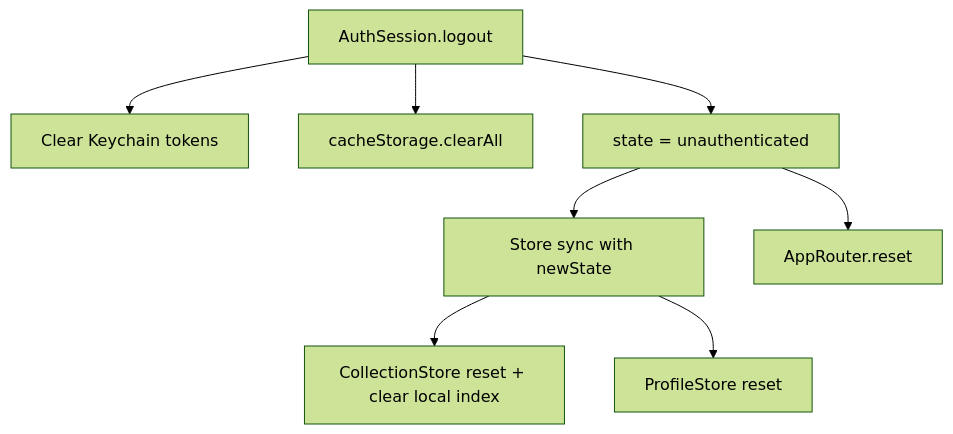
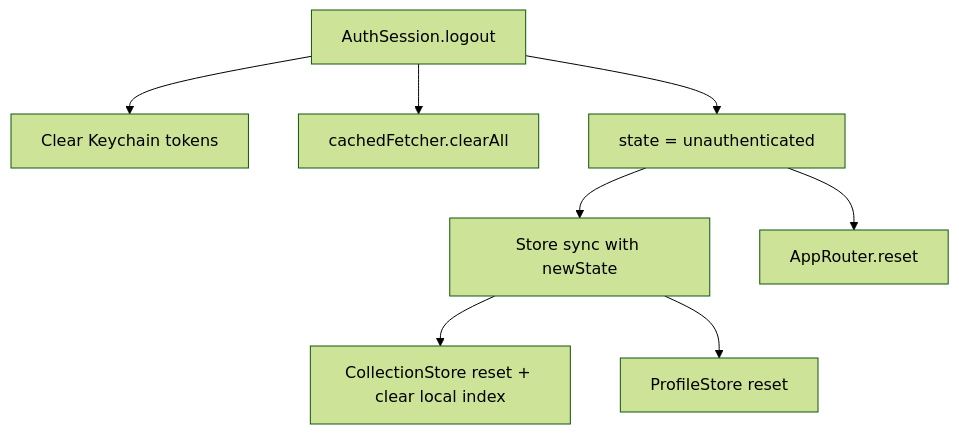
The second of 2 diagrams in docs/auth.md (DamienThomp/discoscan-app), drawn with Mermaid (forest theme) before and after one commit. The commit also changed other lines of this file and 33 other files, not shown here.

````diff
--- a/docs/auth.md
+++ b/docs/auth.md
@@ -74,19 +74,19 @@
 ```mermaid
 flowchart TD
     logout[AuthSession.logout]
     keychain[Clear Keychain tokens]
-    cache[cacheStorage.clearAll]
+    cache[cachedFetcher.clearAll]
     state[state = unauthenticated]
     storeSync[Store sync with newState]
     collectionReset[CollectionStore reset + clear local index]
     profileReset[ProfileStore reset]
     router[AppRouter.reset]
 
     logout --> keychain
     logout --> cache
     logout --> state
     state --> storeSync
     storeSync --> collectionReset
     storeSync --> profileReset
     state --> router
 ```
````
